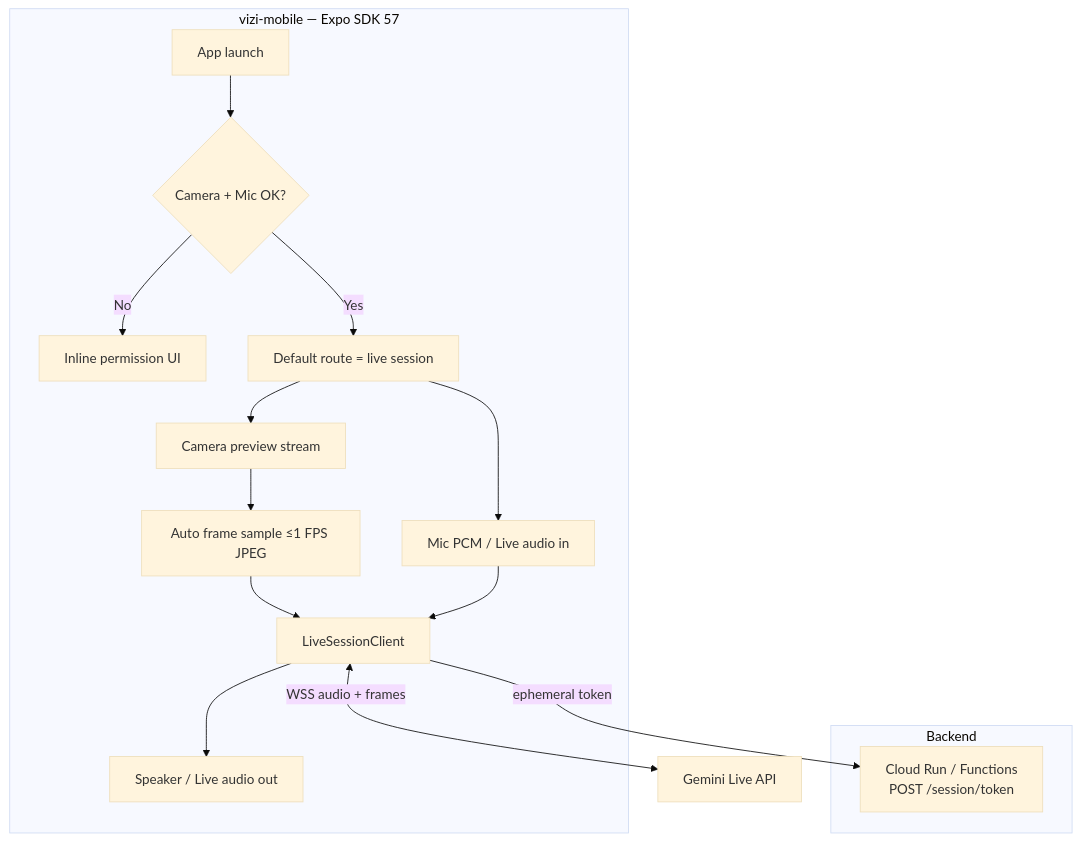
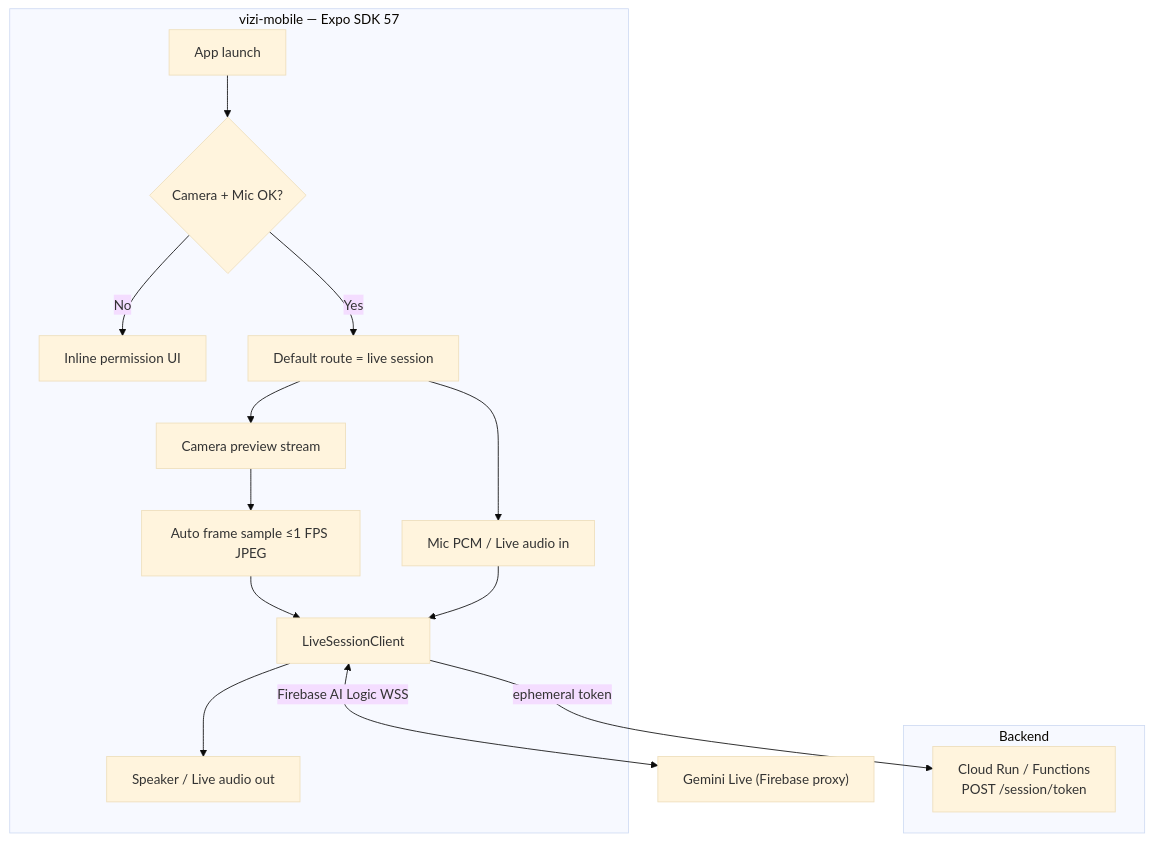
Before and after one commit to pstepanovum/vizi: the first of 3 diagrams in TECH_SPEC.md, drawn with Mermaid (base theme). The commit also changed 15 other files, not shown here.

````diff
--- a/TECH_SPEC.md
+++ b/TECH_SPEC.md
@@ -90,21 +90,21 @@
 ```mermaid
 flowchart TB
   subgraph App["vizi-mobile — Expo SDK 57"]
     Launch["App launch"] --> Perm{"Camera + Mic OK?"}
     Perm -->|No| PermUI["Inline permission UI"]
     Perm -->|Yes| Session["Default route = live session"]
     Session --> Cam["Camera preview stream"]
     Session --> Mic["Mic PCM / Live audio in"]
     Cam --> Sample["Auto frame sample ≤1 FPS JPEG"]
     Sample --> Client["LiveSessionClient"]
     Mic --> Client
     Client --> Play["Speaker / Live audio out"]
   end
 
   subgraph Backend["Backend"]
     Token["Cloud Run / Functions\nPOST /session/token"]
   end
 
   Client -->|ephemeral token| Token
-  Client <-->|WSS audio + frames| Live["Gemini Live API"]
+  Client <-->|Firebase AI Logic WSS| Live["Gemini Live (Firebase proxy)"]
 ```
````
